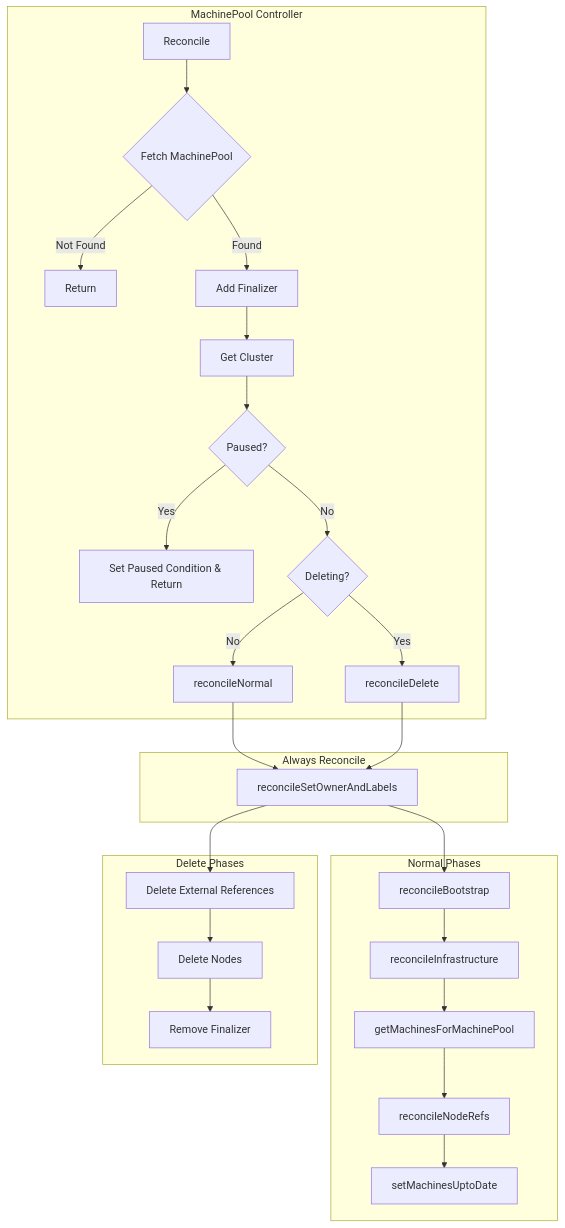
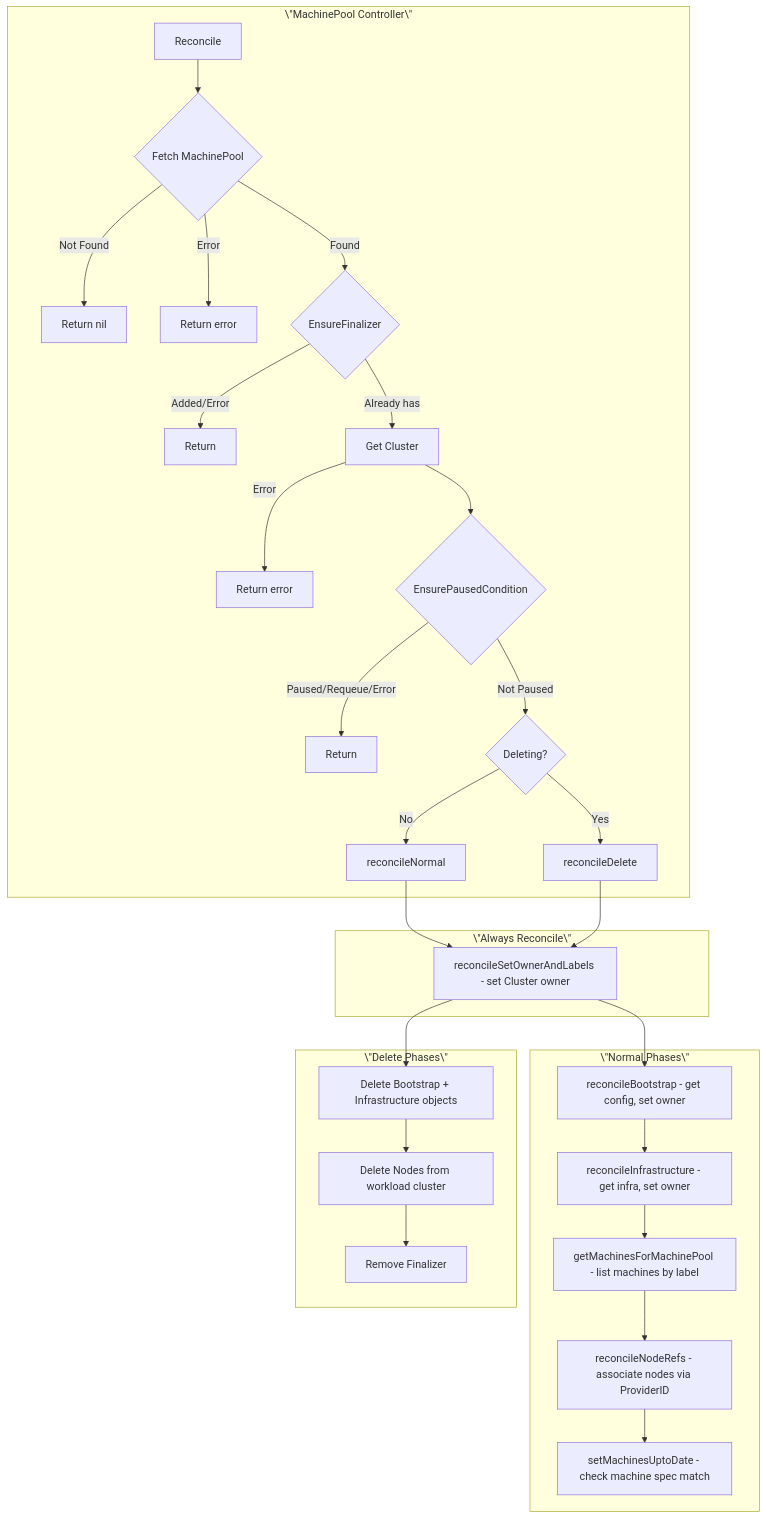
Before and after one commit to seanyen/cluster-api: the first of 7 diagrams in ai-gen/internal/controllers/machinepool_controller.md, drawn with Mermaid. The commit also changed 8 other files, not shown here.

````diff
--- a/ai-gen/internal/controllers/machinepool_controller.md
+++ b/ai-gen/internal/controllers/machinepool_controller.md
@@ -7,35 +7,38 @@
 ```mermaid
 flowchart TB
-    subgraph "MachinePool Controller"
+    subgraph \"MachinePool Controller\"
         R[Reconcile] --> F{Fetch MachinePool}
-        F -->|Not Found| End[Return]
-        F -->|Found| Fin[Add Finalizer]
-        Fin --> GC[Get Cluster]
-        GC --> P{Paused?}
-        P -->|Yes| PC[Set Paused Condition & Return]
-        P -->|No| D{Deleting?}
+        F -->|Not Found| End[Return nil]
+        F -->|Error| Err[Return error]
+        F -->|Found| Fin{EnsureFinalizer}
+        Fin -->|Added/Error| FinRet[Return]
+        Fin -->|Already has| GC[Get Cluster]
+        GC -->|Error| GCE[Return error]
+        GC --> P{EnsurePausedCondition}
+        P -->|Paused/Requeue/Error| PC[Return]
+        P -->|Not Paused| D{Deleting?}
         D -->|Yes| RD[reconcileDelete]
         D -->|No| RN[reconcileNormal]
     end
     
-    subgraph "Always Reconcile"
-        OL[reconcileSetOwnerAndLabels]
+    subgraph \"Always Reconcile\"
+        OL[reconcileSetOwnerAndLabels - set Cluster owner]
     end
     
-    subgraph "Normal Phases"
-        RB[reconcileBootstrap]
-        RI[reconcileInfrastructure]
-        GM[getMachinesForMachinePool]
-        RN2[reconcileNodeRefs]
-        SMU[setMachinesUptoDate]
+    subgraph \"Normal Phases\"
+        RB[reconcileBootstrap - get config, set owner]
+        RI[reconcileInfrastructure - get infra, set owner]
+        GM[getMachinesForMachinePool - list machines by label]
+        RN2[reconcileNodeRefs - associate nodes via ProviderID]
+        SMU[setMachinesUptoDate - check machine spec match]
     end
     
-    subgraph "Delete Phases"
-        DE[Delete External References]
-        DN[Delete Nodes]
+    subgraph \"Delete Phases\"
+        DE[Delete Bootstrap + Infrastructure objects]
+        DN[Delete Nodes from workload cluster]
         RF[Remove Finalizer]
     end
     
     RN --> OL --> RB --> RI --> GM --> RN2 --> SMU
     RD --> OL --> DE --> DN --> RF
 ```
````
